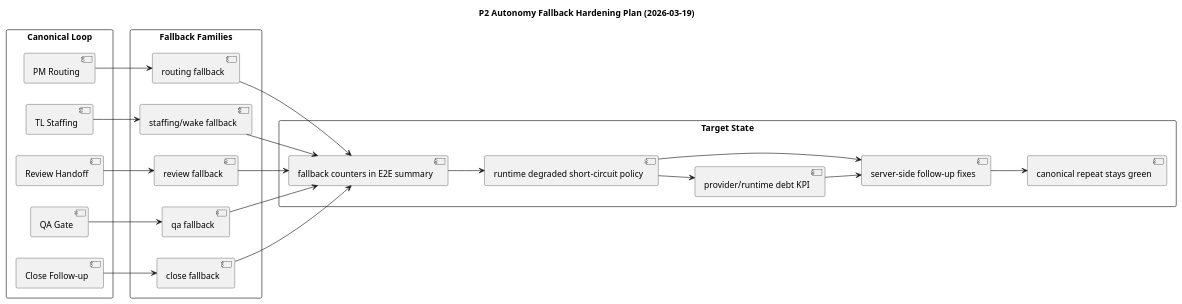
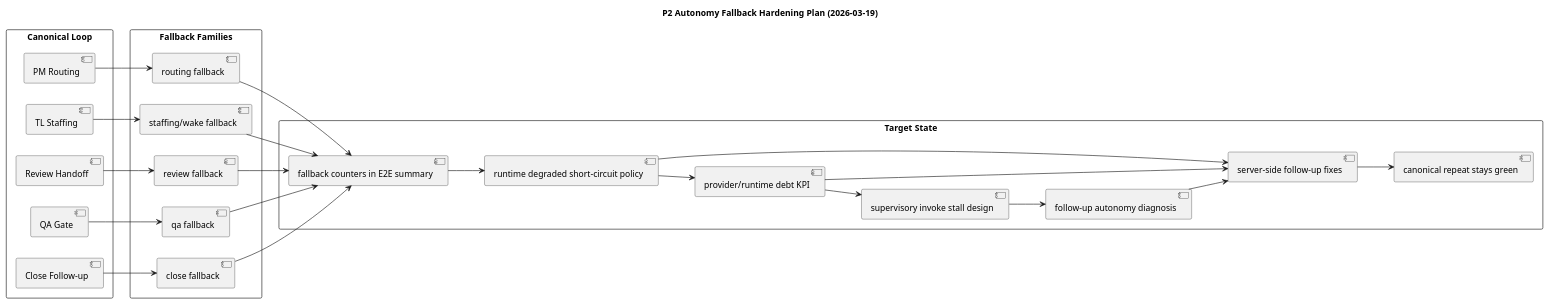
The diagram in docs/exec-plans/active/p2-autonomy-fallback-hardening-plan-2026-03-19.puml (twpark-ops/squadrail), drawn with PlantUML before and after one commit. The commit also changed 9 other files, not shown here.

Commit message:
docs(reliability): plan supervisory autonomy follow-up

```diff
--- a/docs/exec-plans/active/p2-autonomy-fallback-hardening-plan-2026-03-19.puml
+++ b/docs/exec-plans/active/p2-autonomy-fallback-hardening-plan-2026-03-19.puml
@@ -1,48 +1,53 @@
 @startuml
 title P2 Autonomy Fallback Hardening Plan (2026-03-19)
 
 left to right direction
 skinparam packageStyle rectangle
 
 package "Canonical Loop" {
   [PM Routing] as PM
   [TL Staffing] as TL
   [Review Handoff] as Review
   [QA Gate] as QA
   [Close Follow-up] as Close
 }
 
 package "Fallback Families" {
   [routing fallback] as F1
   [staffing/wake fallback] as F2
   [review fallback] as F3
   [qa fallback] as F4
   [close fallback] as F5
 }
 
 package "Target State" {
   [fallback counters in E2E summary] as Counters
   [runtime degraded short-circuit policy] as RuntimePolicy
   [provider/runtime debt KPI] as DebtKpi
+  [supervisory invoke stall design] as StallDesign
+  [follow-up autonomy diagnosis] as FollowupDiagnosis
   [server-side follow-up fixes] as ServerFix
   [canonical repeat stays green] as Green
 }
 
 PM --> F1
 TL --> F2
 Review --> F3
 QA --> F4
 Close --> F5
 
 F1 --> Counters
 F2 --> Counters
 F3 --> Counters
 F4 --> Counters
 F5 --> Counters
 
 Counters --> RuntimePolicy
 RuntimePolicy --> DebtKpi
+DebtKpi --> StallDesign
+StallDesign --> FollowupDiagnosis
+FollowupDiagnosis --> ServerFix
 DebtKpi --> ServerFix
 RuntimePolicy --> ServerFix
 ServerFix --> Green
 @enduml
```
